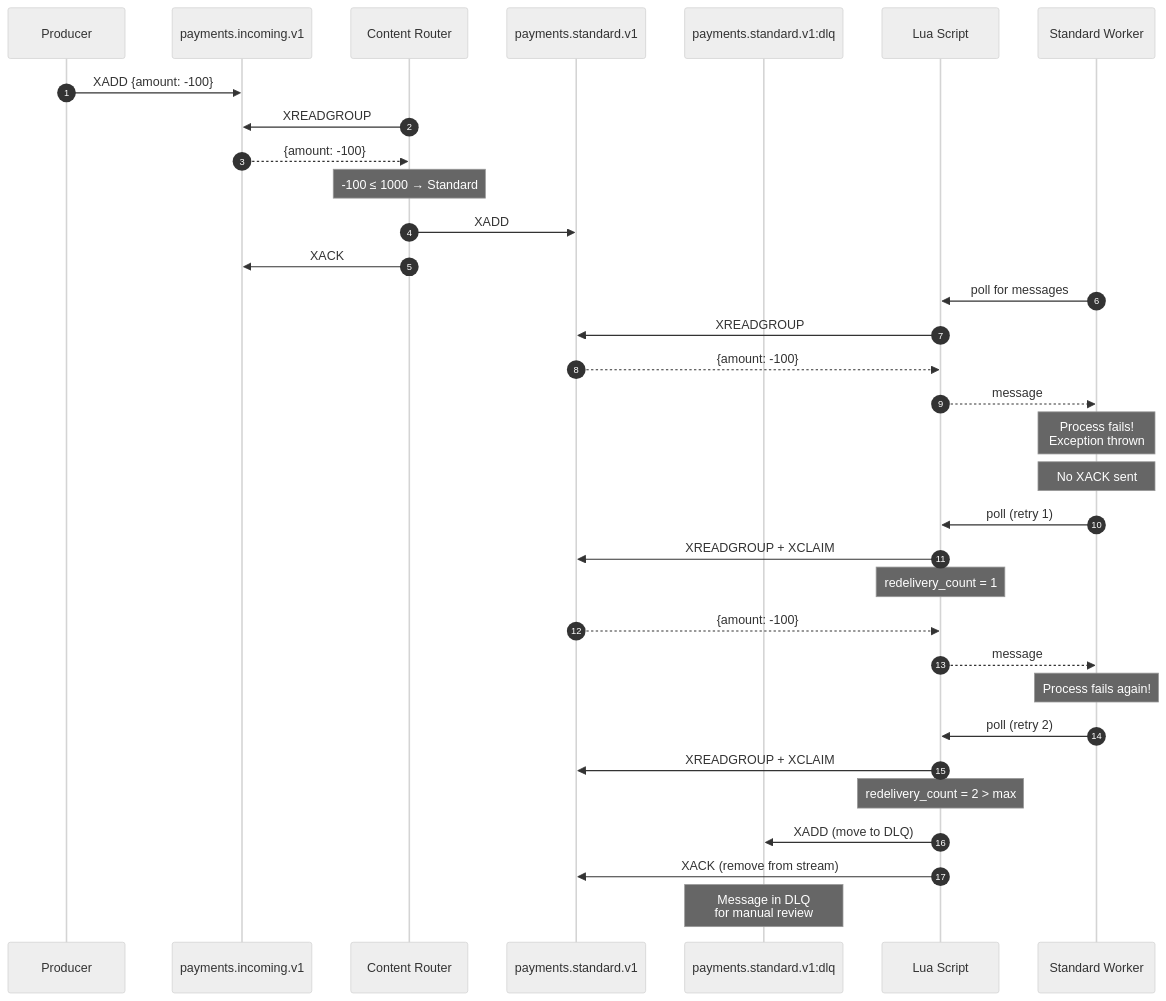
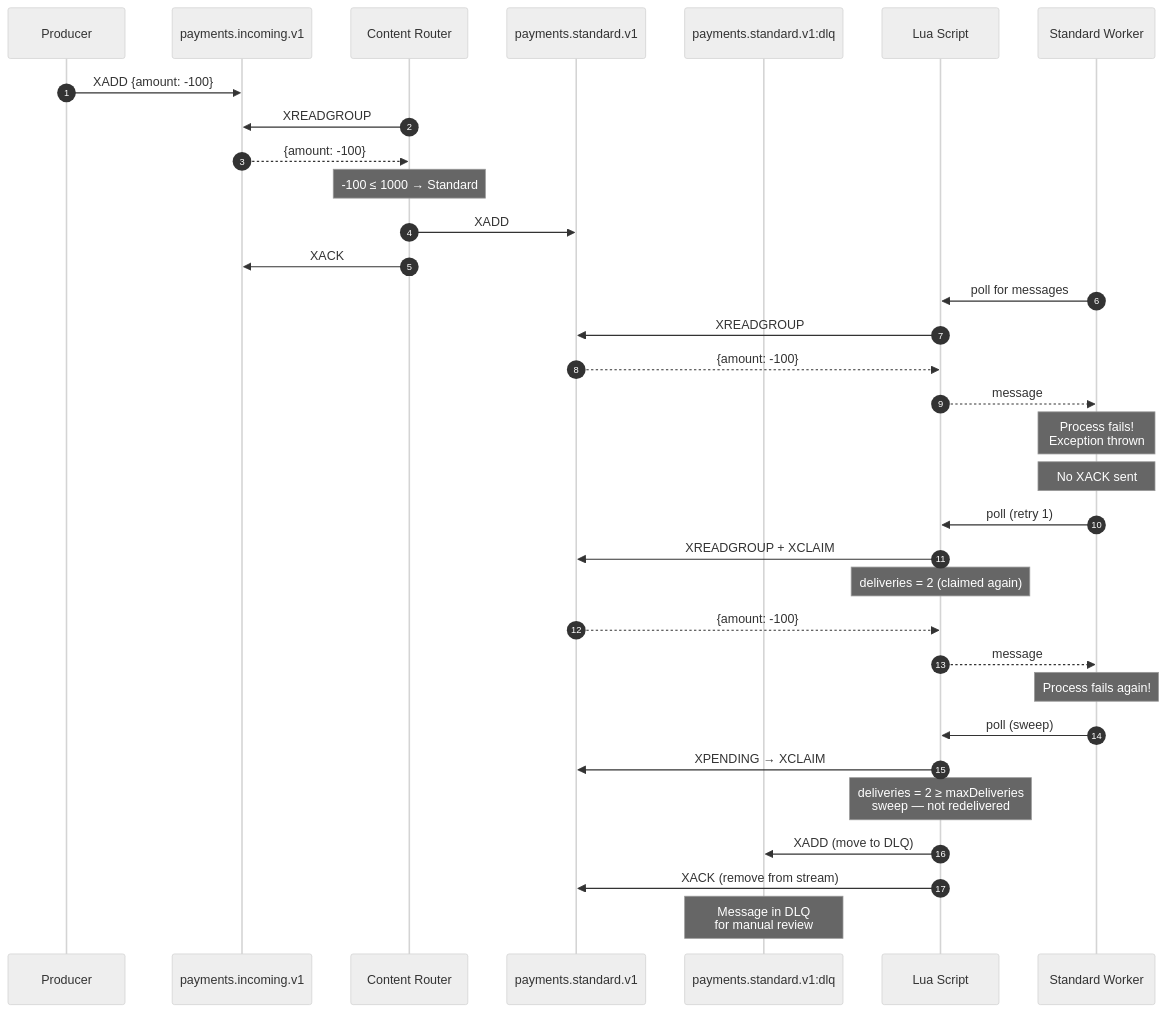
The second of 2 diagrams in docs/diagrams/content-based-routing.md (dev-mansonthomas/RedisMessagingPatternsWithJedis), drawn with Mermaid (neutral theme) before and after one commit. The commit also changed other lines of this file and 35 other files, not shown here.

````diff
--- a/docs/diagrams/content-based-routing.md
+++ b/docs/diagrams/content-based-routing.md
@@ -64,40 +64,40 @@
 ```mermaid
 sequenceDiagram
     autonumber
     participant P as Producer
     participant IN as payments.incoming.v1
     participant CR as Content Router
     participant STD as payments.standard.v1
     participant DLQ as payments.standard.v1:dlq
     participant LUA as Lua Script
     participant W as Standard Worker
 
     P->>IN: XADD {amount: -100}
 
     CR->>IN: XREADGROUP
     IN-->>CR: {amount: -100}
     Note over CR: -100 ≤ 1000 → Standard
     CR->>STD: XADD
     CR->>IN: XACK
 
     W->>LUA: poll for messages
     LUA->>STD: XREADGROUP
     STD-->>LUA: {amount: -100}
     LUA-->>W: message
     Note over W: Process fails!<br/>Exception thrown
     Note over W: No XACK sent
 
     W->>LUA: poll (retry 1)
     LUA->>STD: XREADGROUP + XCLAIM
-    Note over LUA: redelivery_count = 1
+    Note over LUA: deliveries = 2 (claimed again)
     STD-->>LUA: {amount: -100}
     LUA-->>W: message
     Note over W: Process fails again!
 
-    W->>LUA: poll (retry 2)
-    LUA->>STD: XREADGROUP + XCLAIM
-    Note over LUA: redelivery_count = 2 > max
+    W->>LUA: poll (sweep)
+    LUA->>STD: XPENDING → XCLAIM
+    Note over LUA: deliveries = 2 ≥ maxDeliveries<br/>sweep — not redelivered
     LUA->>DLQ: XADD (move to DLQ)
     LUA->>STD: XACK (remove from stream)
     Note over DLQ: Message in DLQ<br/>for manual review
 ```
````
